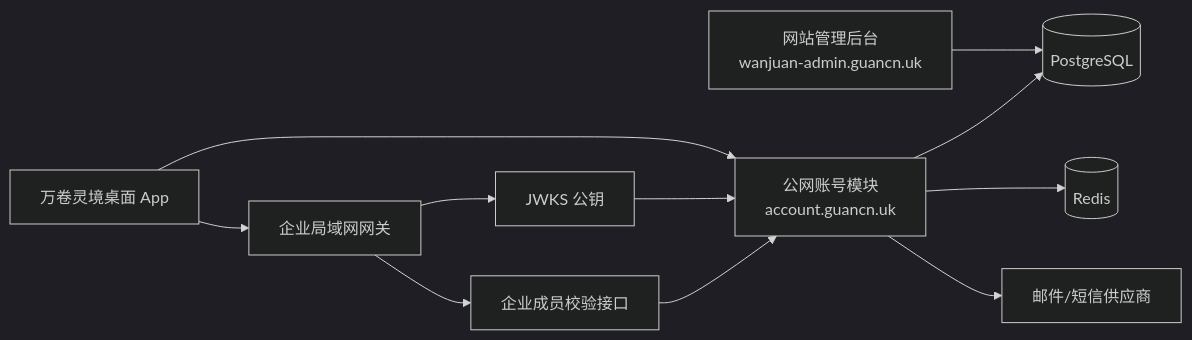
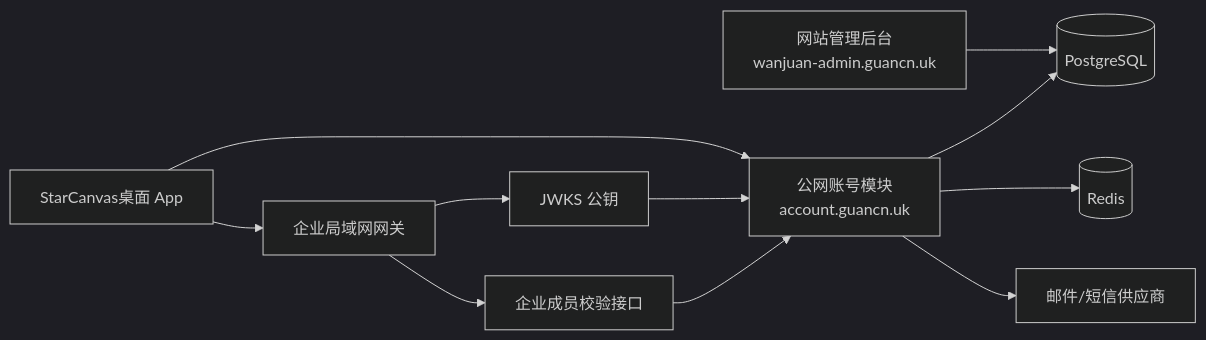
The diagram in docs/ACCOUNT_ADMIN_BACKEND_IMPLEMENTATION.md (Guan-XX003/Lingjing-canvas), drawn with Mermaid (dark theme) before and after one commit. The commit also changed other lines of this file and 78 other files, not shown here.

Commit message:
Rebrand desktop app as StarCanvas

````diff
--- a/docs/ACCOUNT_ADMIN_BACKEND_IMPLEMENTATION.md
+++ b/docs/ACCOUNT_ADMIN_BACKEND_IMPLEMENTATION.md
@@ -45,13 +45,13 @@
 ```mermaid
 flowchart LR
-  App["万卷灵境桌面 App"] --> Account["公网账号模块\naccount.guancn.uk"]
+  App["StarCanvas桌面 App"] --> Account["公网账号模块\naccount.guancn.uk"]
   Admin["网站管理后台\nwanjuan-admin.guancn.uk"] --> DB[("PostgreSQL")]
   Account --> DB
   Account --> Redis[("Redis")]
   Account --> OTP["邮件/短信供应商"]
   Gateway["企业局域网网关"] --> JWKS["JWKS 公钥"]
   JWKS --> Account
   Gateway --> Internal["企业成员校验接口"]
   Internal --> Account
   App --> Gateway
 ```
````
